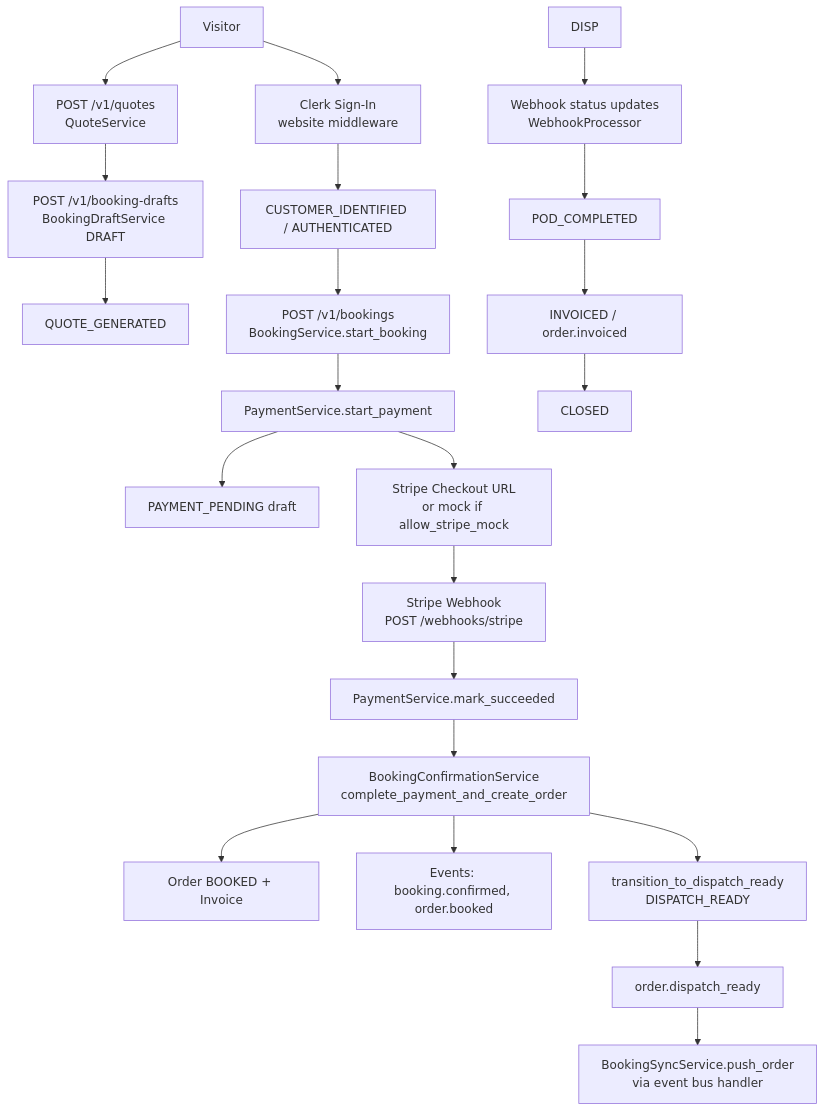
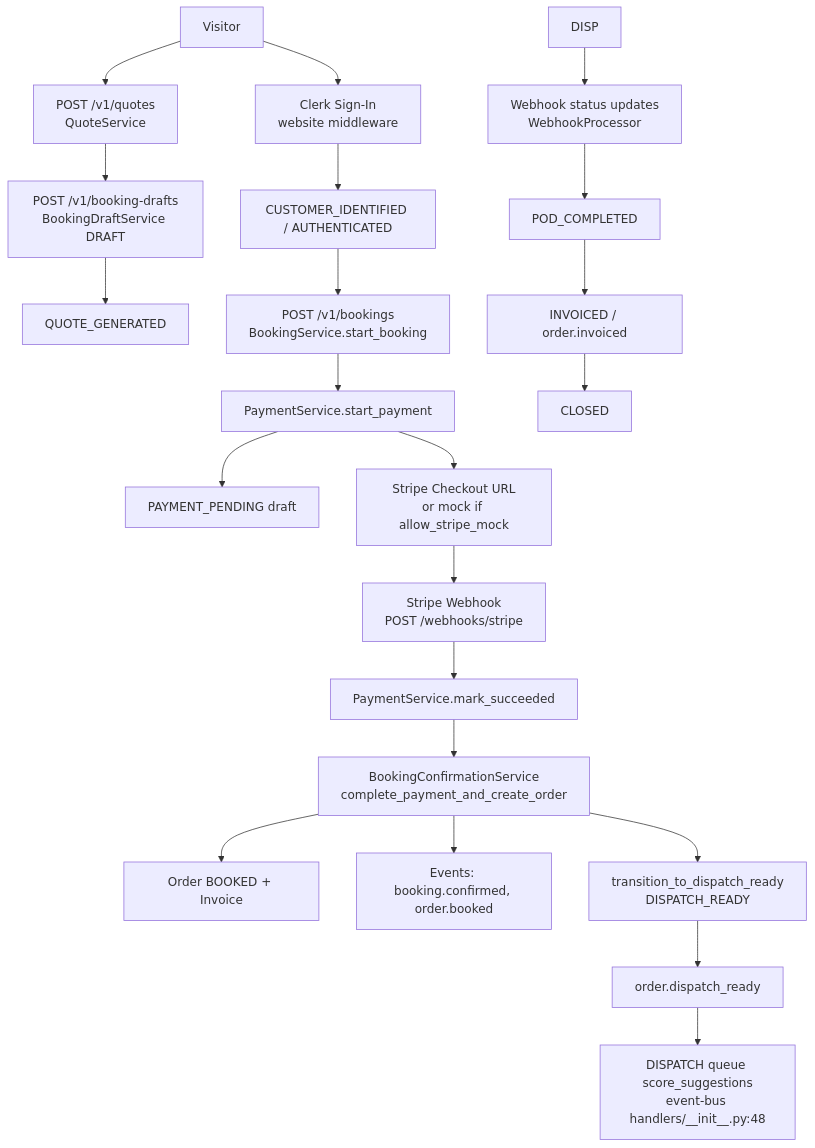
Before and after one commit to PORTERCHAIN-INC/PCD: the diagram in docs/architecture/mermaid/booking_flow.mmd, drawn with Mermaid. The commit also changed 13 other files, not shown here.

Commit message:
docs(architecture): planned state machines (22) and events (23); clean FleetBase-era nodes in mermaid set

```diff
--- a/docs/architecture/mermaid/booking_flow.mmd
+++ b/docs/architecture/mermaid/booking_flow.mmd
@@ -1,22 +1,22 @@
 flowchart TD
   V[Visitor] --> Q[POST /v1/quotes<br/>QuoteService]
   Q --> BD[POST /v1/booking-drafts<br/>BookingDraftService DRAFT]
   BD --> QG[QUOTE_GENERATED]
   V --> AUTH[Clerk Sign-In<br/>website middleware]
   AUTH --> CID[CUSTOMER_IDENTIFIED / AUTHENTICATED]
   CID --> BK[POST /v1/bookings<br/>BookingService.start_booking]
   BK --> PS[PaymentService.start_payment]
   PS --> PP[PAYMENT_PENDING draft]
   PS --> SC[Stripe Checkout URL<br/>or mock if allow_stripe_mock]
   SC --> SW[Stripe Webhook<br/>POST /webhooks/stripe]
   SW --> MS[PaymentService.mark_succeeded]
   MS --> CF[BookingConfirmationService<br/>complete_payment_and_create_order]
   CF --> ORD[Order BOOKED + Invoice]
   CF --> EV1[Events: booking.confirmed, order.booked]
   CF --> DR[transition_to_dispatch_ready<br/>DISPATCH_READY]
   DR --> EV2[order.dispatch_ready]
-  EV2 --> FB[BookingSyncService.push_order<br/>via event bus handler]
+  EV2 --> DQ[DISPATCH queue score_suggestions<br/>event-bus handlers/__init__.py:48]
   DISP --> DEL[Webhook status updates<br/>WebhookProcessor]
   DEL --> POD[POD_COMPLETED]
   POD --> INV[INVOICED / order.invoiced]
   INV --> CLS[CLOSED]
```
